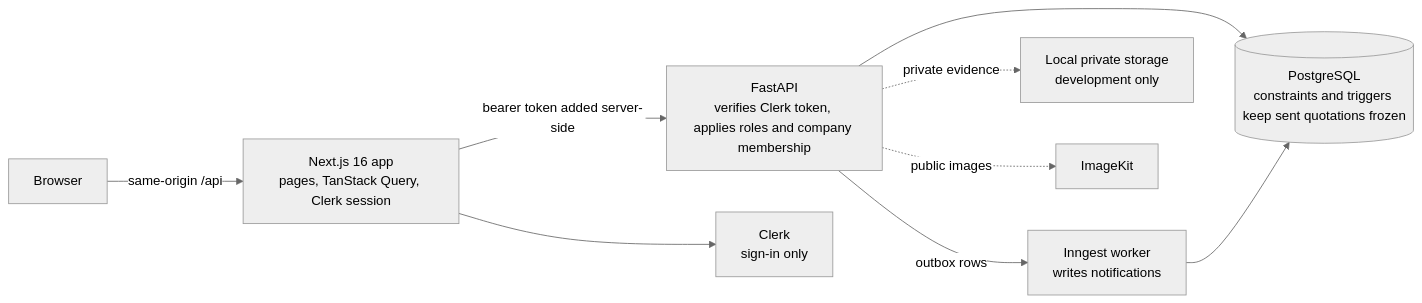
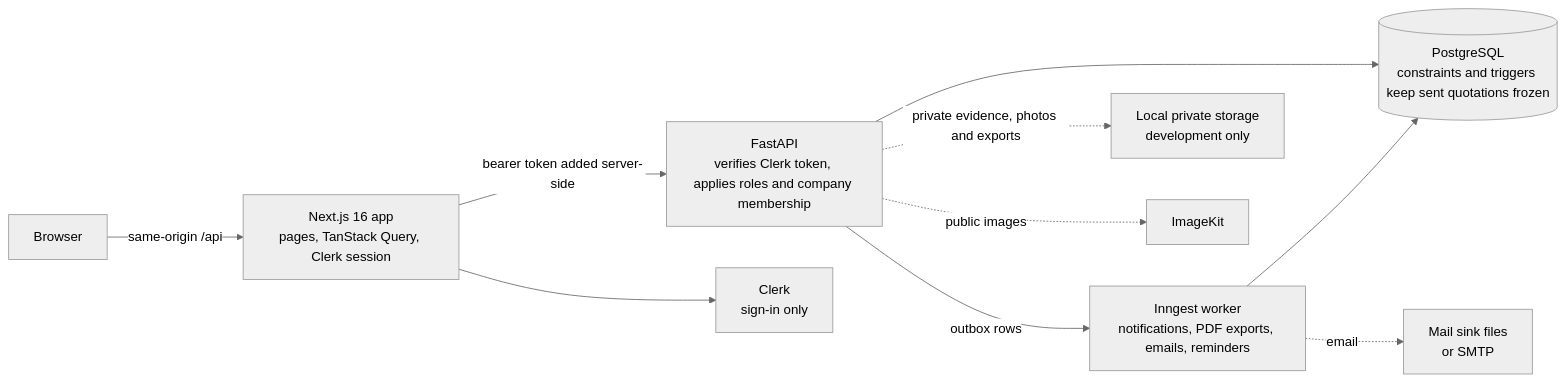
Before and after one commit to JudeCodeHub/SOLAR-LANKA: the first of 2 diagrams in README.md, drawn with Mermaid (neutral theme). The commit also changed other lines of this file and 1 other file, not shown here.

````diff
--- a/README.md
+++ b/README.md
@@ -45,11 +46,12 @@
 ```mermaid
 flowchart LR
   B[Browser] -->|same-origin /api| N[Next.js 16 app<br/>pages, TanStack Query, Clerk session]
   N -->|bearer token added server-side| A[FastAPI<br/>verifies Clerk token, applies roles and company membership]
   A --> P[(PostgreSQL<br/>constraints and triggers keep sent quotations frozen)]
-  A -->|outbox rows| O[Inngest worker<br/>writes notifications]
+  A -->|outbox rows| O[Inngest worker<br/>notifications, PDF exports, emails, reminders]
   O --> P
-  A -.->|private evidence| F[Local private storage<br/>development only]
+  O -.->|email| M[Mail sink files<br/>or SMTP]
+  A -.->|private evidence, photos and exports| F[Local private storage<br/>development only]
   A -.->|public images| I[ImageKit]
   N --> C[Clerk<br/>sign-in only]
 ```
````
